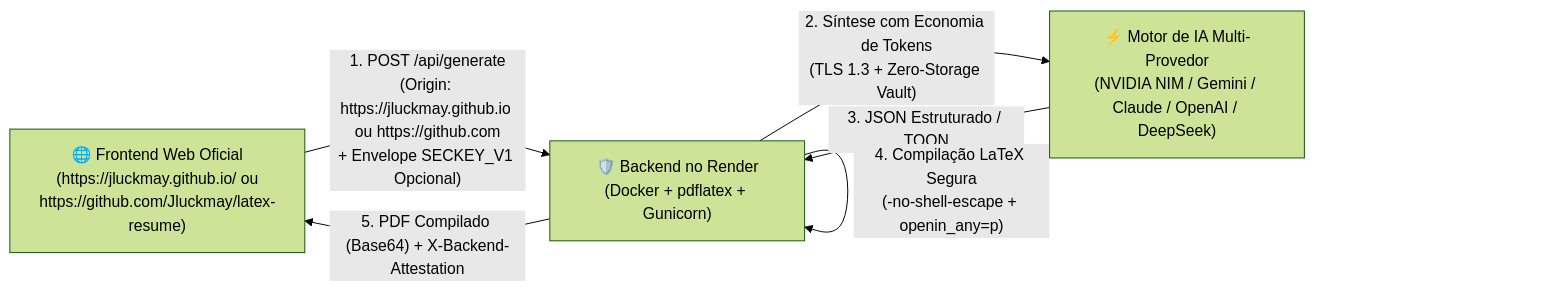
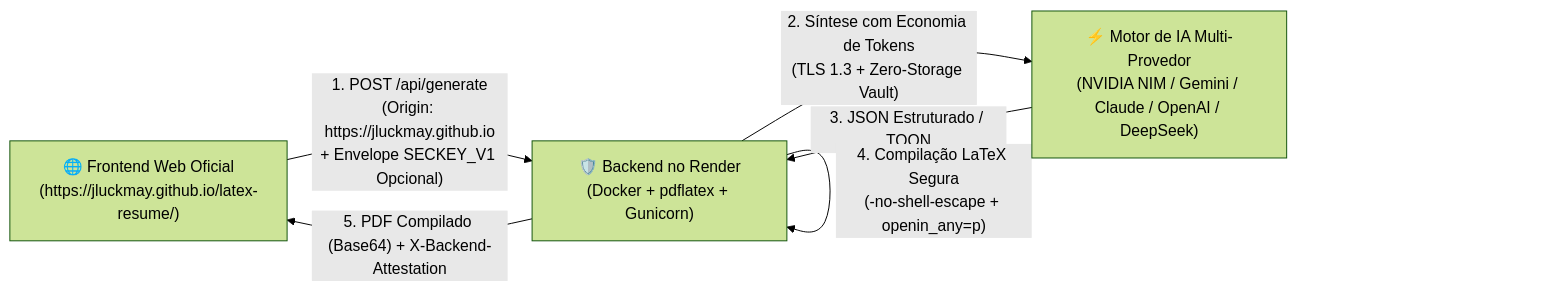
One commit to Jluckmay/latex-resume changed the first of 2 diagrams in README.md. Above: the diagram before and after it, drawn with Mermaid (forest theme). The commit also changed other lines of this file and 2 other files, not shown here.

Commit message:
fix(security): revoke communication permissions for github repo URL and restrict origin strictly to GitHub Pages

````diff
--- a/README.md
+++ b/README.md
@@ -164,8 +164,8 @@
 ```mermaid
 flowchart LR
-    A["🌐 Frontend Web Oficial<br>(https://jluckmay.github.io/ ou<br>https://github.com/Jluckmay/latex-resume)"] -- "1. POST /api/generate<br>(Origin: https://jluckmay.github.io ou https://github.com<br>+ Envelope SECKEY_V1 Opcional)" --> B["🛡️ Backend no Render<br>(Docker + pdflatex + Gunicorn)"]
+    A["🌐 Frontend Web Oficial<br>(https://jluckmay.github.io/latex-resume/)"] -- "1. POST /api/generate<br>(Origin: https://jluckmay.github.io<br>+ Envelope SECKEY_V1 Opcional)" --> B["🛡️ Backend no Render<br>(Docker + pdflatex + Gunicorn)"]
     B -- "2. Síntese com Economia de Tokens<br>(TLS 1.3 + Zero-Storage Vault)" --> C["⚡ Motor de IA Multi-Provedor<br>(NVIDIA NIM / Gemini / Claude / OpenAI / DeepSeek)"]
     C -- "3. JSON Estruturado / TOON" --> B
     B -- "4. Compilação LaTeX Segura<br>(-no-shell-escape + openin_any=p)" --> B
     B -- "5. PDF Compilado (Base64) + X-Backend-Attestation" --> A
 ```
````
